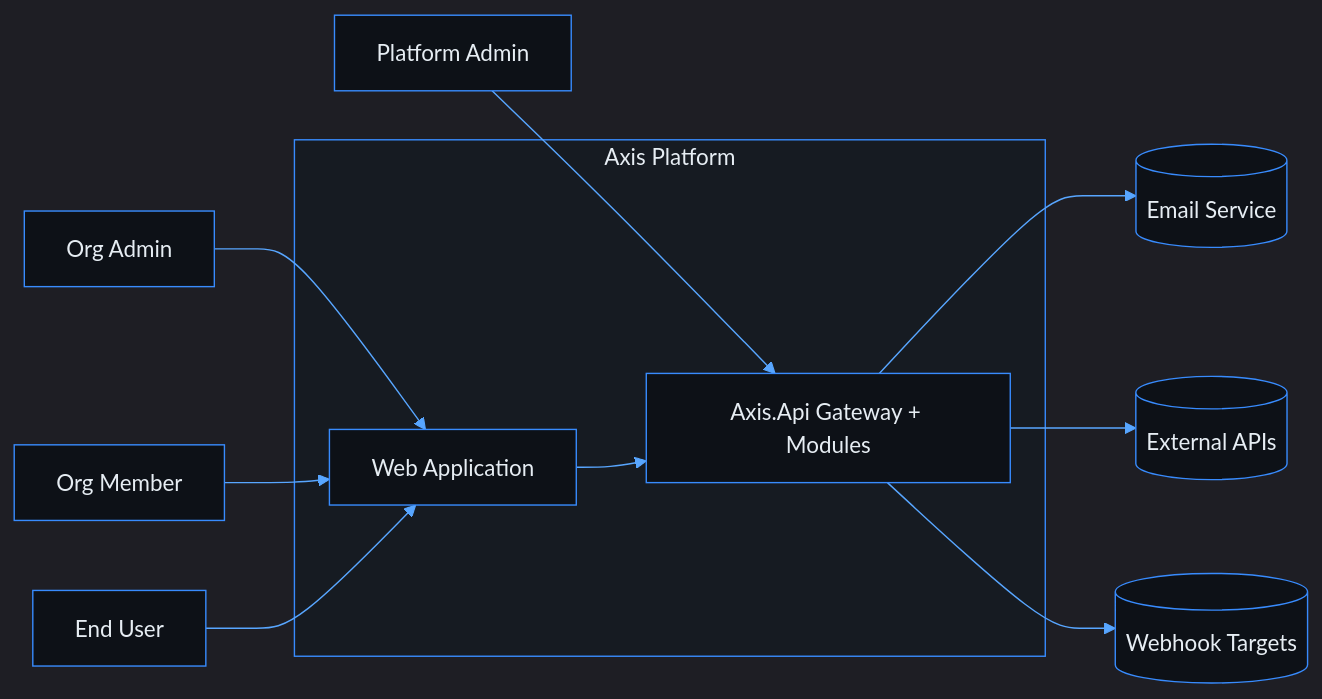
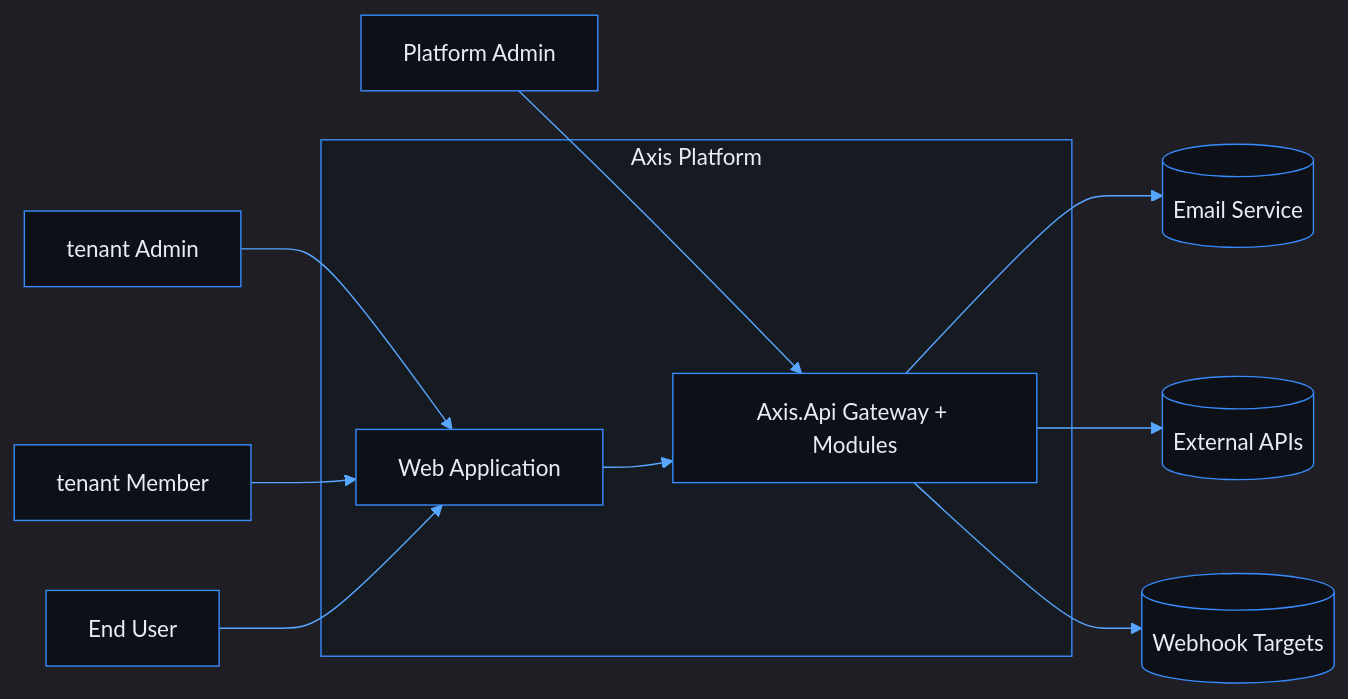
The first of 3 diagrams in docs/README.md (phuongnse/axis), drawn with Mermaid before and after one commit. The commit also changed other lines of this file and 989 other files, not shown here.

````diff
--- a/docs/README.md
+++ b/docs/README.md
@@ -72,26 +72,26 @@
 ```mermaid
 %%{init: {'theme':'dark','themeVariables':{'background':'#0d1117','mainBkg':'#0d1117','primaryColor':'#161b22','primaryBorderColor':'#388bfd','primaryTextColor':'#e6edf3','secondaryColor':'#21262d','secondaryBorderColor':'#388bfd','secondaryTextColor':'#e6edf3','tertiaryColor':'#161b22','tertiaryTextColor':'#e6edf3','lineColor':'#58a6ff','textColor':'#e6edf3','nodeBorder':'#388bfd','clusterBkg':'#161b22','clusterBorder':'#388bfd','titleColor':'#e6edf3','edgeLabelBackground':'#161b22','actorBkg':'#161b22','actorBorder':'#388bfd','actorTextColor':'#e6edf3','signalColor':'#58a6ff','labelBoxBkgColor':'#161b22','labelBoxBorderColor':'#388bfd','noteBkgColor':'#161b22','noteBorderColor':'#388bfd','noteTextColor':'#c9d1d9','activationBkgColor':'#30363d'}}}%%
 flowchart LR
   PA[Platform Admin]
-  OA[Org Admin]
-  OM[Org Member]
+  OA[tenant Admin]
+  OM[tenant Member]
   EU[End User]
 
   subgraph Axis["Axis Platform"]
     SPA[Web Application]
     API[Axis.Api Gateway + Modules]
   end
 
   Email[(Email Service)]
   ExtAPI[(External APIs)]
   Webhook[(Webhook Targets)]
 
   PA --> API
   OA --> SPA
   OM --> SPA
   EU --> SPA
   SPA --> API
   API --> Email
   API --> ExtAPI
   API --> Webhook
 ```
````
